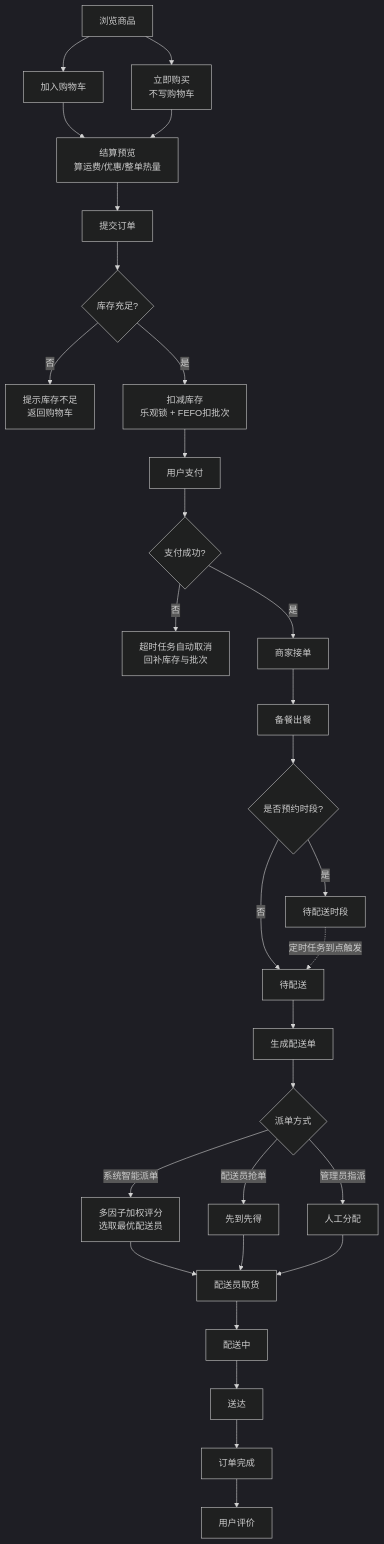
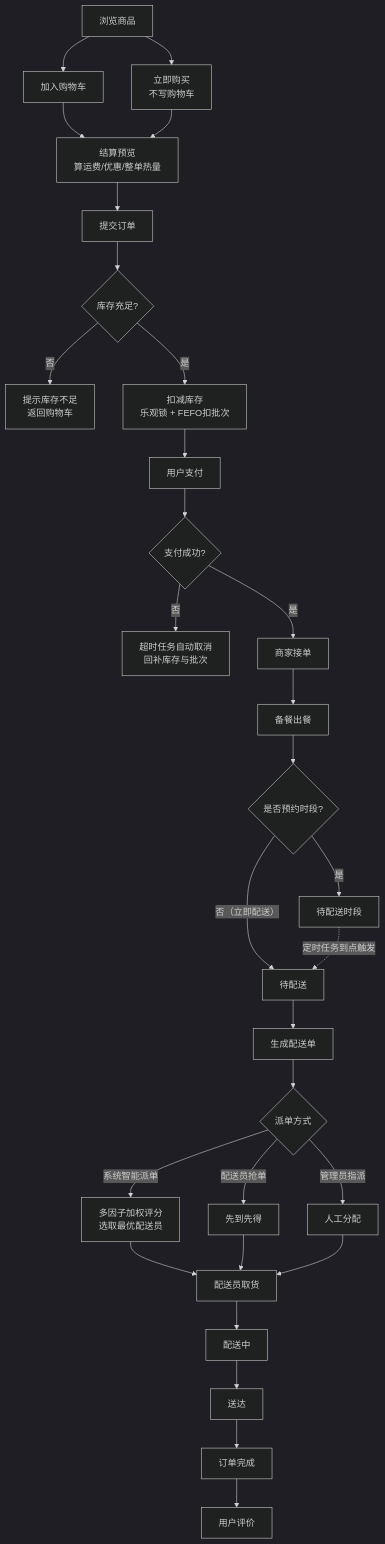
The second of 3 diagrams in docs/01-需求分析.md (chenchuiqing/FreshMeal), drawn with Mermaid (dark theme) before and after one commit. The commit also changed other lines of this file and 27 other files, not shown here.

````diff
--- a/docs/01-需求分析.md
+++ b/docs/01-需求分析.md
@@ -124,32 +124,32 @@
 ```mermaid
 flowchart TD
     A[浏览商品] --> B[加入购物车]
     A --> B2[立即购买<br/>不写购物车]
     B --> C[结算预览<br/>算运费/优惠/整单热量]
     B2 --> C
     C --> D[提交订单]
     D --> E{库存充足?}
     E -- 否 --> E1[提示库存不足<br/>返回购物车]
     E -- 是 --> F[扣减库存<br/>乐观锁 + FEFO扣批次]
     F --> H[用户支付]
     H --> I{支付成功?}
     I -- 否 --> I1[超时任务自动取消<br/>回补库存与批次]
     I -- 是 --> J[商家接单]
     J --> K[备餐出餐]
     K --> L{是否预约时段?}
-    L -- 否 --> M[待配送]
+    L -- 否（立即配送） --> M[待配送]
     L -- 是 --> L1[待配送时段]
     L1 -.定时任务到点触发.-> M
     M --> N[生成配送单]
     N --> O{派单方式}
     O -- 系统智能派单 --> O1[多因子加权评分<br/>选取最优配送员]
     O -- 配送员抢单 --> O2[先到先得]
     O -- 管理员指派 --> O3[人工分配]
     O1 --> P[配送员取货]
     O2 --> P
     O3 --> P
     P --> Q[配送中]
     Q --> R[送达]
     R --> S[订单完成]
     S --> T[用户评价]
 ```
````
